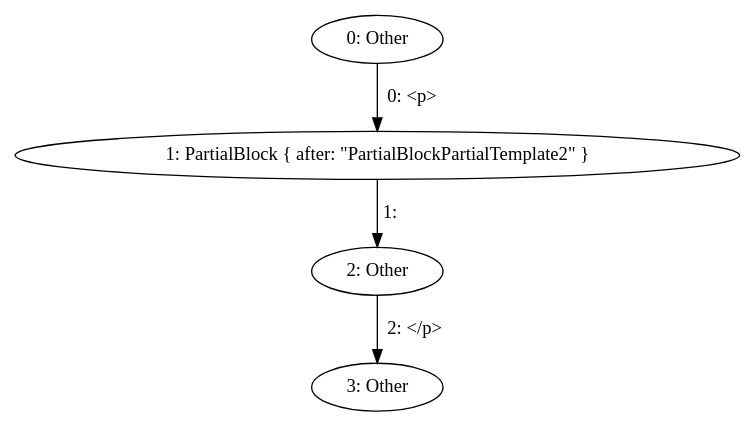
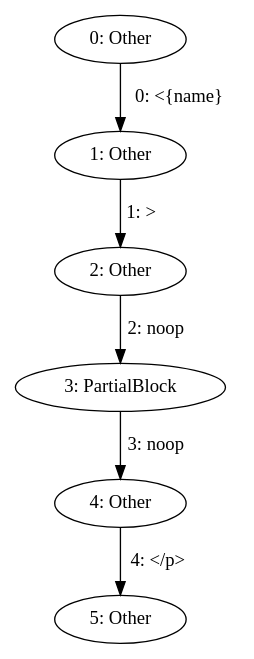
Before and after one commit to mohe2015/zero-cost-templating: the diagram in zero-cost-templating/partial_block_partial.html.dot, drawn with Graphviz. The commit also changed 4 other files, not shown here.

```diff
--- a/zero-cost-templating/partial_block_partial.html.dot
+++ b/zero-cost-templating/partial_block_partial.html.dot
@@ -1,9 +1,13 @@
 digraph {
     0 [ label = "0: Other" ]
-    1 [ label = "1: PartialBlock { after: \"PartialBlockPartialTemplate2\" }" ]
+    1 [ label = "1: Other" ]
     2 [ label = "2: Other" ]
-    3 [ label = "3: Other" ]
-    0 -> 1 [ label = "0: <p>" ]
-    1 -> 2 [ label = "1: " ]
-    2 -> 3 [ label = "2: </p>" ]
+    3 [ label = "3: PartialBlock" ]
+    4 [ label = "4: Other" ]
+    5 [ label = "5: Other" ]
+    0 -> 1 [ label = "0: <{name}" ]
+    1 -> 2 [ label = "1: >" ]
+    2 -> 3 [ label = "2: noop" ]
+    3 -> 4 [ label = "3: noop" ]
+    4 -> 5 [ label = "4: </p>" ]
 }
```
